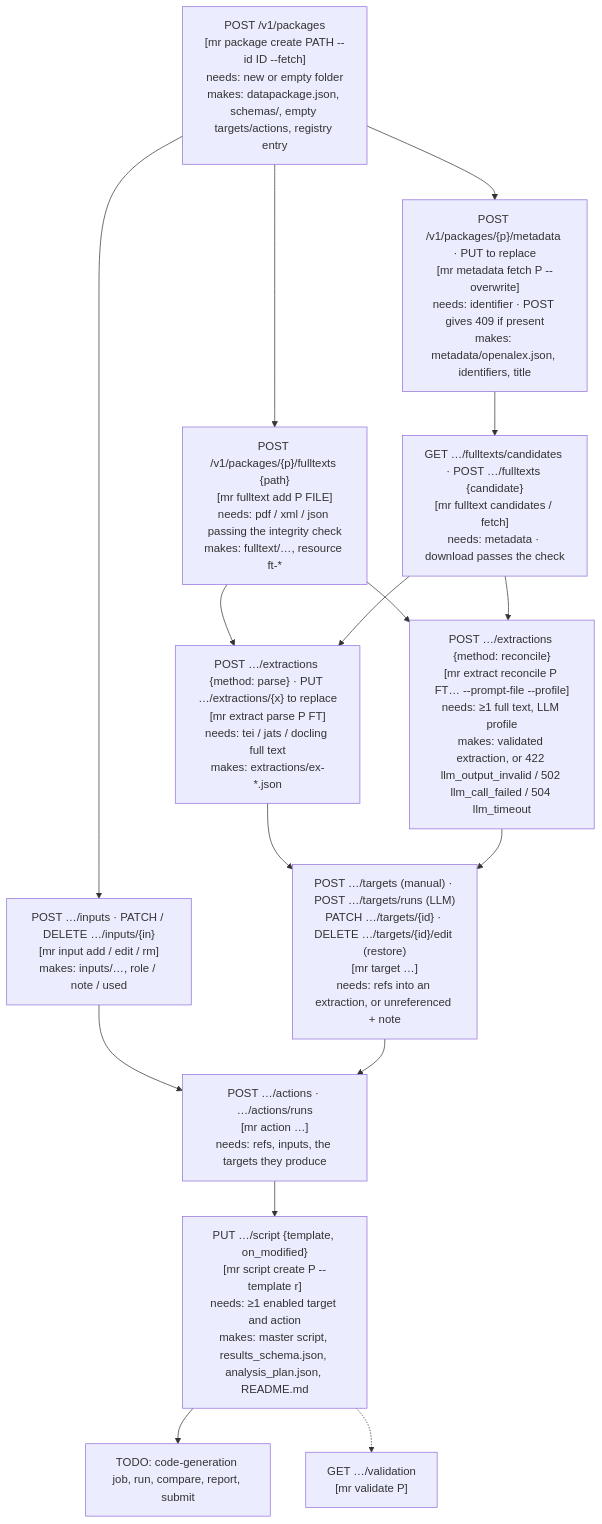
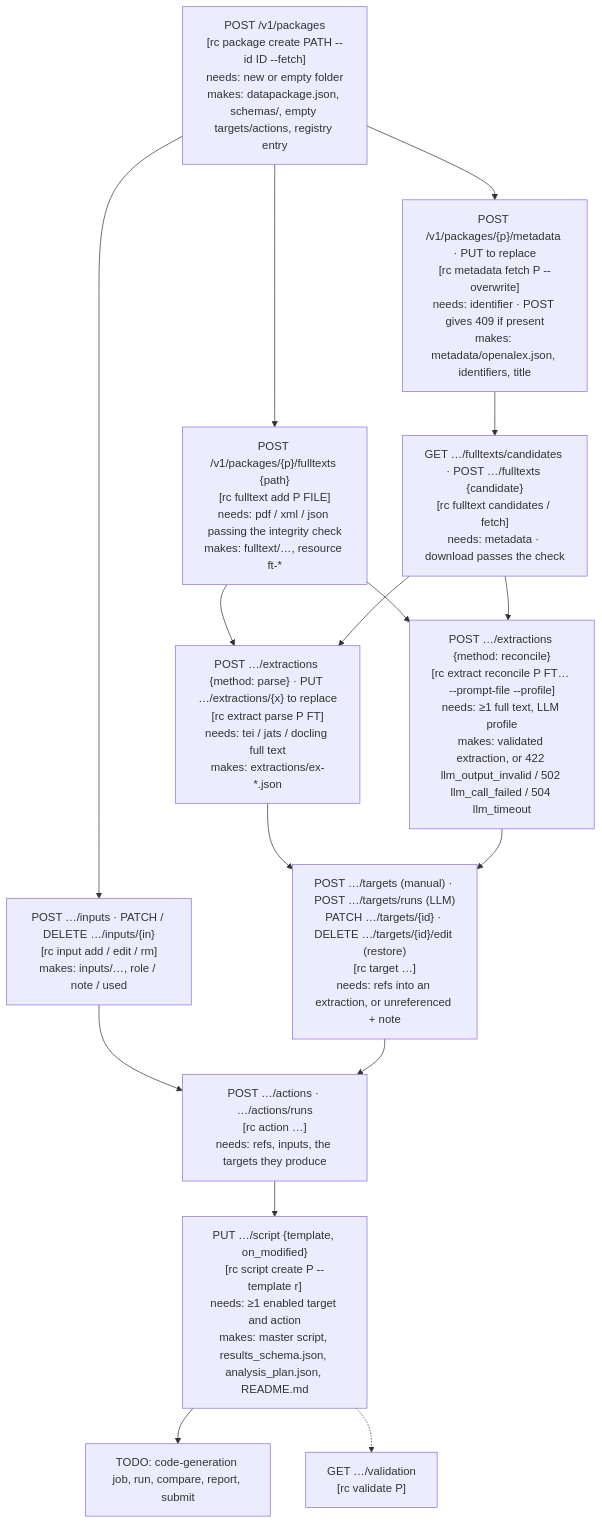
The second of 5 diagrams in docs/design.md (forrtproject/reprocrowd-app), drawn with Mermaid before and after one commit. The commit also changed other lines of this file and 129 other files, not shown here.

````diff
--- a/docs/design.md
+++ b/docs/design.md
@@ -87,27 +87,27 @@
 ```mermaid
 flowchart TD
-  A["POST /v1/packages<br/>[mr package create PATH --id ID --fetch]<br/>needs: new or empty folder<br/>makes: datapackage.json, schemas/, empty targets/actions, registry entry"]
-  B["POST /v1/packages/{p}/metadata · PUT to replace<br/>[mr metadata fetch P --overwrite]<br/>needs: identifier · POST gives 409 if present<br/>makes: metadata/openalex.json, identifiers, title"]
-  C1["POST /v1/packages/{p}/fulltexts {path}<br/>[mr fulltext add P FILE]<br/>needs: pdf / xml / json passing the integrity check<br/>makes: fulltext/…, resource ft-*"]
-  C2["GET …/fulltexts/candidates · POST …/fulltexts {candidate}<br/>[mr fulltext candidates / fetch]<br/>needs: metadata · download passes the check"]
-  D["POST …/extractions {method: parse} · PUT …/extractions/{x} to replace<br/>[mr extract parse P FT]<br/>needs: tei / jats / docling full text<br/>makes: extractions/ex-*.json"]
-  E["POST …/extractions {method: reconcile}<br/>[mr extract reconcile P FT… --prompt-file --profile]<br/>needs: ≥1 full text, LLM profile<br/>makes: validated extraction, or 422 llm_output_invalid / 502 llm_call_failed / 504 llm_timeout"]
-  F["POST …/inputs · PATCH / DELETE …/inputs/{in}<br/>[mr input add / edit / rm]<br/>makes: inputs/…, role / note / used"]
-  G["POST …/targets (manual) · POST …/targets/runs (LLM)<br/>PATCH …/targets/{id} · DELETE …/targets/{id}/edit (restore)<br/>[mr target …]<br/>needs: refs into an extraction, or unreferenced + note"]
-  H["POST …/actions · …/actions/runs<br/>[mr action …]<br/>needs: refs, inputs, the targets they produce"]
-  I["PUT …/script {template, on_modified}<br/>[mr script create P --template r]<br/>needs: ≥1 enabled target and action<br/>makes: master script, results_schema.json, analysis_plan.json, README.md"]
-  V["GET …/validation<br/>[mr validate P]"]
+  A["POST /v1/packages<br/>[rc package create PATH --id ID --fetch]<br/>needs: new or empty folder<br/>makes: datapackage.json, schemas/, empty targets/actions, registry entry"]
+  B["POST /v1/packages/{p}/metadata · PUT to replace<br/>[rc metadata fetch P --overwrite]<br/>needs: identifier · POST gives 409 if present<br/>makes: metadata/openalex.json, identifiers, title"]
+  C1["POST /v1/packages/{p}/fulltexts {path}<br/>[rc fulltext add P FILE]<br/>needs: pdf / xml / json passing the integrity check<br/>makes: fulltext/…, resource ft-*"]
+  C2["GET …/fulltexts/candidates · POST …/fulltexts {candidate}<br/>[rc fulltext candidates / fetch]<br/>needs: metadata · download passes the check"]
+  D["POST …/extractions {method: parse} · PUT …/extractions/{x} to replace<br/>[rc extract parse P FT]<br/>needs: tei / jats / docling full text<br/>makes: extractions/ex-*.json"]
+  E["POST …/extractions {method: reconcile}<br/>[rc extract reconcile P FT… --prompt-file --profile]<br/>needs: ≥1 full text, LLM profile<br/>makes: validated extraction, or 422 llm_output_invalid / 502 llm_call_failed / 504 llm_timeout"]
+  F["POST …/inputs · PATCH / DELETE …/inputs/{in}<br/>[rc input add / edit / rm]<br/>makes: inputs/…, role / note / used"]
+  G["POST …/targets (manual) · POST …/targets/runs (LLM)<br/>PATCH …/targets/{id} · DELETE …/targets/{id}/edit (restore)<br/>[rc target …]<br/>needs: refs into an extraction, or unreferenced + note"]
+  H["POST …/actions · …/actions/runs<br/>[rc action …]<br/>needs: refs, inputs, the targets they produce"]
+  I["PUT …/script {template, on_modified}<br/>[rc script create P --template r]<br/>needs: ≥1 enabled target and action<br/>makes: master script, results_schema.json, analysis_plan.json, README.md"]
+  V["GET …/validation<br/>[rc validate P]"]
   T["TODO: code-generation job, run, compare, report, submit"]
   A --> B --> C2
   A --> C1
   C1 --> D
   C2 --> D
   C1 --> E
   C2 --> E
   D --> G
   E --> G
   A --> F
   F --> H
   G --> H --> I --> T
   I -.-> V
 ```
````
